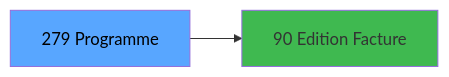
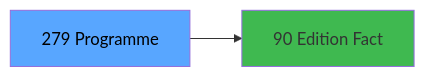
One commit to thonyAGP/magic-migration changed the third of 3 diagrams in .openspec/specs/ADH-IDE-279.md. Above: the diagram before and after it, drawn with Mermaid. The commit also changed other lines of this file and 323 other files, not shown here.

````diff
--- a/.openspec/specs/ADH-IDE-279.md
+++ b/.openspec/specs/ADH-IDE-279.md
@@ -114,8 +124,8 @@
 ```mermaid
 graph LR
     T[279 Programme]
-    C90[90 Edition Facture]
+    C90[90 Edition Fact]
     T --> C90
     style T fill:#58a6ff,color:#000
     style C90 fill:#3fb950
 ```
````
